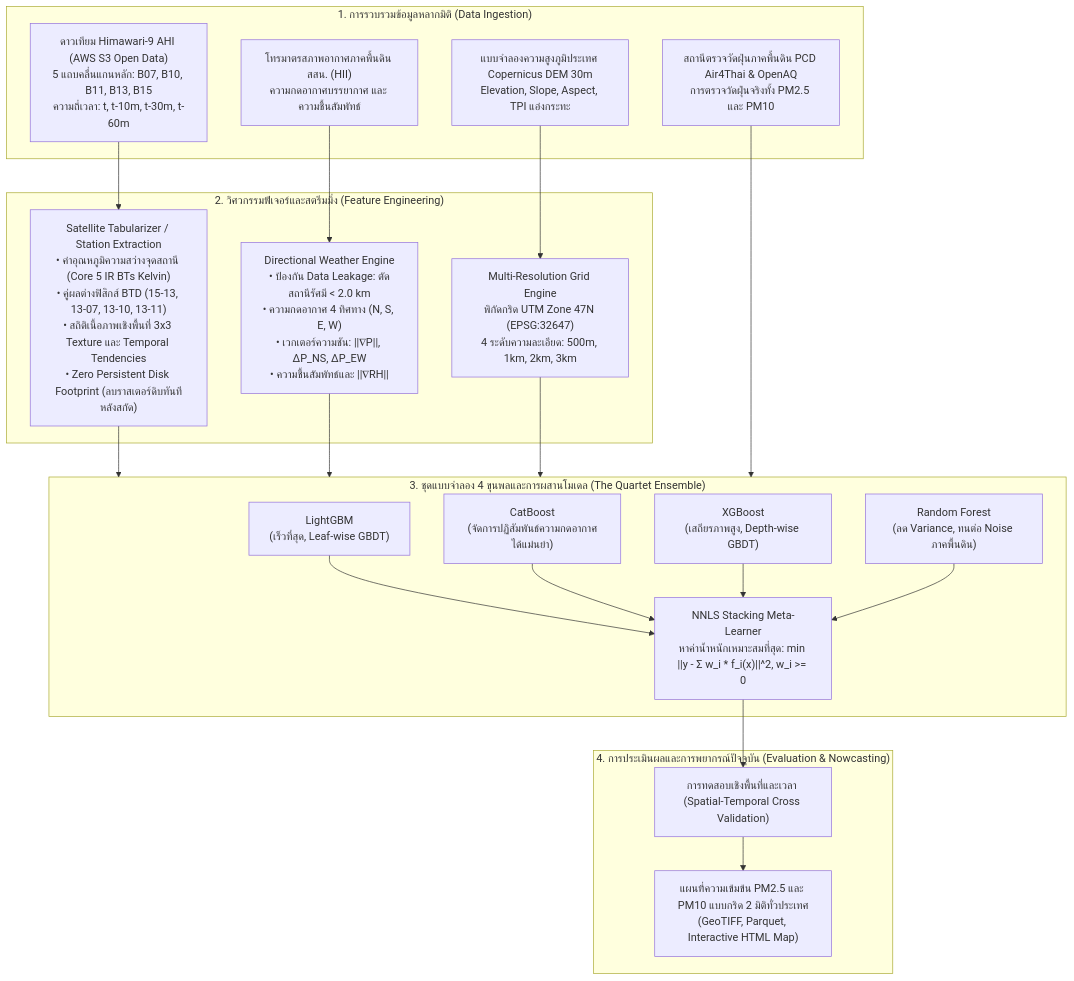
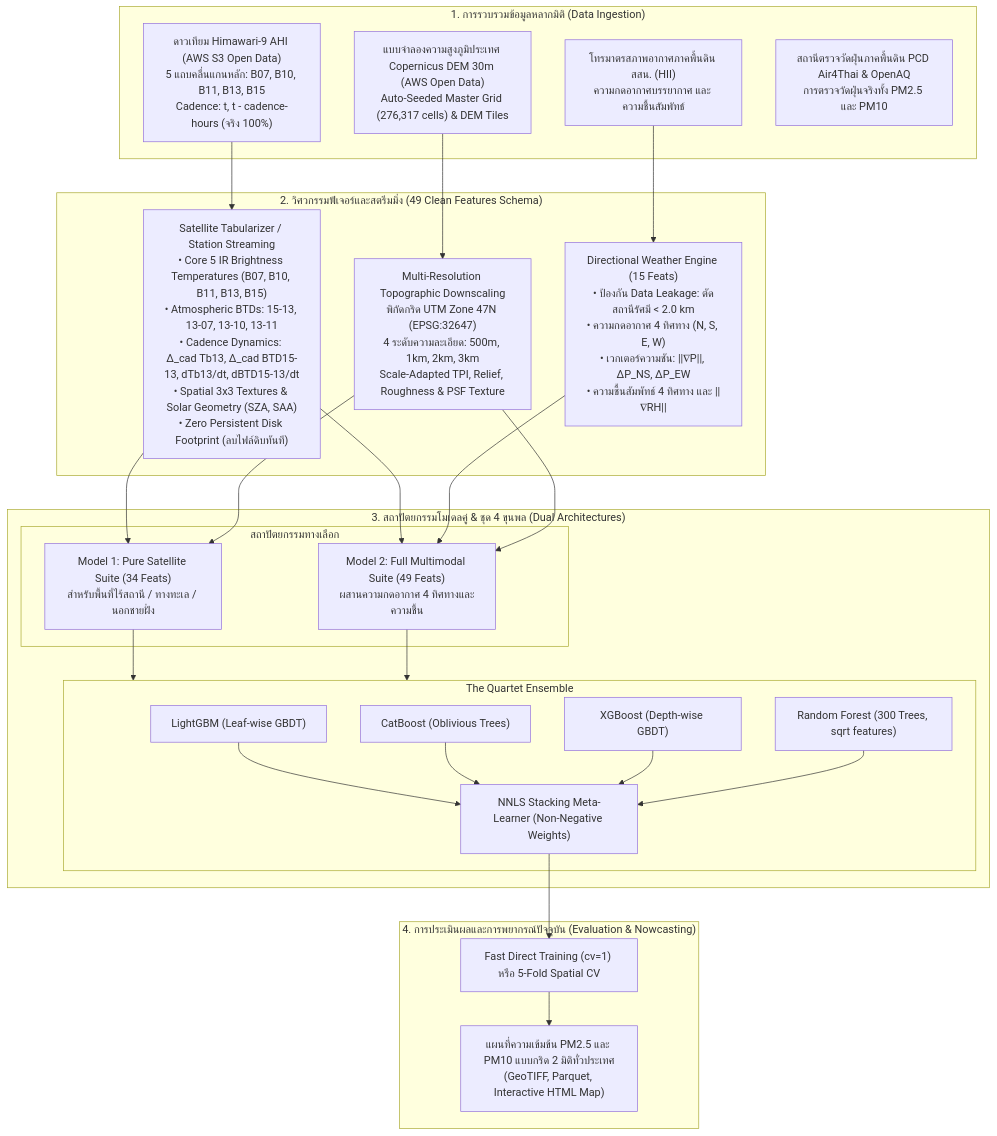
One commit to korarit/dust-from-satellite-image-thailand changed the diagram in README.md. Above: the diagram before and after it, drawn with Mermaid. The commit also changed other lines of this file and 11 other files, not shown here.

````diff
--- a/README.md
+++ b/README.md
@@ -73,35 +79,43 @@
 ```mermaid
 flowchart TD
     subgraph DataSources ["1. การรวบรวมข้อมูลหลากมิติ (Data Ingestion)"]
-        H9["ดาวเทียม Himawari-9 AHI (AWS S3 Open Data)<br>5 แถบคลื่นแกนหลัก: B07, B10, B11, B13, B15<br>ความถี่เวลา: t, t-10m, t-30m, t-60m"]
+        H9["ดาวเทียม Himawari-9 AHI (AWS S3 Open Data)<br>5 แถบคลื่นแกนหลัก: B07, B10, B11, B13, B15<br>Cadence: t, t - cadence-hours (จริง 100%)"]
         HII["โทรมาตรสภาพอากาศภาคพื้นดิน สสน. (HII)<br>ความกดอากาศบรรยากาศ และ ความชื้นสัมพัทธ์"]
-        DEM["แบบจำลองความสูงภูมิประเทศ Copernicus DEM 30m<br>Elevation, Slope, Aspect, TPI แอ่งกระทะ"]
+        DEM["แบบจำลองความสูงภูมิประเทศ Copernicus DEM 30m (AWS Open Data)<br>Auto-Seeded Master Grid (276,317 cells) & DEM Tiles"]
         GT["สถานีตรวจวัดฝุ่นภาคพื้นดิน PCD Air4Thai & OpenAQ<br>การตรวจวัดฝุ่นจริงทั้ง PM2.5 และ PM10"]
     end
 
-    subgraph FeatureEngineering ["2. วิศวกรรมฟีเจอร์และสตรีมมิ่ง (Feature Engineering)"]
-        SatTab["Satellite Tabularizer / Station Extraction<br>• ค่าอุณหภูมิความสว่างจุดสถานี (Core 5 IR BTs Kelvin)<br>• คู่ผลต่างฟิสิกส์ BTD (15-13, 13-07, 13-10, 13-11)<br>• สถิติเนื้อภาพเชิงพื้นที่ 3x3 Texture และ Temporal Tendencies<br>• Zero Persistent Disk Footprint (ลบราสเตอร์ดิบทันทีหลังสกัด)"]
-        DirPress["Directional Weather Engine<br>• ป้องกัน Data Leakage: ตัดสถานีรัศมี < 2.0 km<br>• ความกดอากาศ 4 ทิศทาง (N, S, E, W)<br>• เวกเตอร์ความชัน: ||∇P||, ΔP_NS, ΔP_EW<br>• ความชื้นสัมพัทธ์และ ||∇RH||"]
-        GridEng["Multi-Resolution Grid Engine<br>พิกัดกริด UTM Zone 47N (EPSG:32647)<br>4 ระดับความละเอียด: 500m, 1km, 2km, 3km"]
+    subgraph FeatureEngineering ["2. วิศวกรรมฟีเจอร์และสตรีมมิ่ง (49 Clean Features Schema)"]
+        SatTab["Satellite Tabularizer / Station Streaming<br>• Core 5 IR Brightness Temperatures (B07, B10, B11, B13, B15)<br>• Atmospheric BTDs: 15-13, 13-07, 13-10, 13-11<br>• Cadence Dynamics: Δ_cad Tb13, Δ_cad BTD15-13, dTb13/dt, dBTD15-13/dt<br>• Spatial 3x3 Textures & Solar Geometry (SZA, SAA)<br>• Zero Persistent Disk Footprint (ลบไฟล์ดิบทันที)"]
+        DirPress["Directional Weather Engine (15 Feats)<br>• ป้องกัน Data Leakage: ตัดสถานีรัศมี < 2.0 km<br>• ความกดอากาศ 4 ทิศทาง (N, S, E, W)<br>• เวกเตอร์ความชัน: ||∇P||, ΔP_NS, ΔP_EW<br>• ความชื้นสัมพัทธ์ 4 ทิศทาง และ ||∇RH||"]
+        GridEng["Multi-Resolution Topographic Downscaling<br>พิกัดกริด UTM Zone 47N (EPSG:32647)<br>4 ระดับความละเอียด: 500m, 1km, 2km, 3km<br>Scale-Adapted TPI, Relief, Roughness & PSF Texture"]
     end
 
-    subgraph ModelingSuite ["3. ชุดแบบจำลอง 4 ขุนพลและการผสานโมเดล (The Quartet Ensemble)"]
-        LGB["LightGBM<br>(เร็วที่สุด, Leaf-wise GBDT)"]
-        CAT["CatBoost<br>(จัดการปฏิสัมพันธ์ความกดอากาศได้แม่นยำ)"]
-        XGB["XGBoost<br>(เสถียรภาพสูง, Depth-wise GBDT)"]
-        RF["Random Forest<br>(ลด Variance, ทนต่อ Noise ภาคพื้นดิน)"]
-        Meta["NNLS Stacking Meta-Learner<br>หาค่าน้ำหนักเหมาะสมที่สุด: min ||y - Σ w_i * f_i(x)||^2, w_i >= 0"]
+    subgraph ModelingSuite ["3. สถาปัตยกรรมโมเดลคู่ & ชุด 4 ขุนพล (Dual Architectures)"]
+        subgraph Architectures ["สถาปัตยกรรมทางเลือก"]
+            M1["Model 1: Pure Satellite Suite (34 Feats)<br>สำหรับพื้นที่ไร้สถานี / ทางทะเล / นอกชายฝั่ง"]
+            M2["Model 2: Full Multimodal Suite (49 Feats)<br>ผสานความกดอากาศ 4 ทิศทางและความชื้น"]
+        end
+        subgraph Quartet ["The Quartet Ensemble"]
+            LGB["LightGBM (Leaf-wise GBDT)"]
+            CAT["CatBoost (Oblivious Trees)"]
+            XGB["XGBoost (Depth-wise GBDT)"]
+            RF["Random Forest (300 Trees, sqrt features)"]
+            Meta["NNLS Stacking Meta-Learner (Non-Negative Weights)"]
+        end
     end
 
     subgraph EvaluationInference ["4. การประเมินผลและการพยากรณ์ปัจจุบัน (Evaluation & Nowcasting)"]
-        CV["การทดสอบเชิงพื้นที่และเวลา (Spatial-Temporal Cross Validation)"]
+        CV["Fast Direct Training (cv=1) หรือ 5-Fold Spatial CV"]
         Map["แผนที่ความเข้มข้น PM2.5 และ PM10 แบบกริด 2 มิติทั่วประเทศ<br>(GeoTIFF, Parquet, Interactive HTML Map)"]
     end
 
     H9 --> SatTab
     HII --> DirPress
     DEM --> GridEng
-    SatTab & DirPress & GridEng & GT --> ModelingSuite
+    SatTab & GridEng --> M1
+    SatTab & DirPress & GridEng --> M2
+    M1 & M2 --> Quartet
     LGB & CAT & XGB & RF --> Meta
     Meta --> CV --> Map
 ```
````
